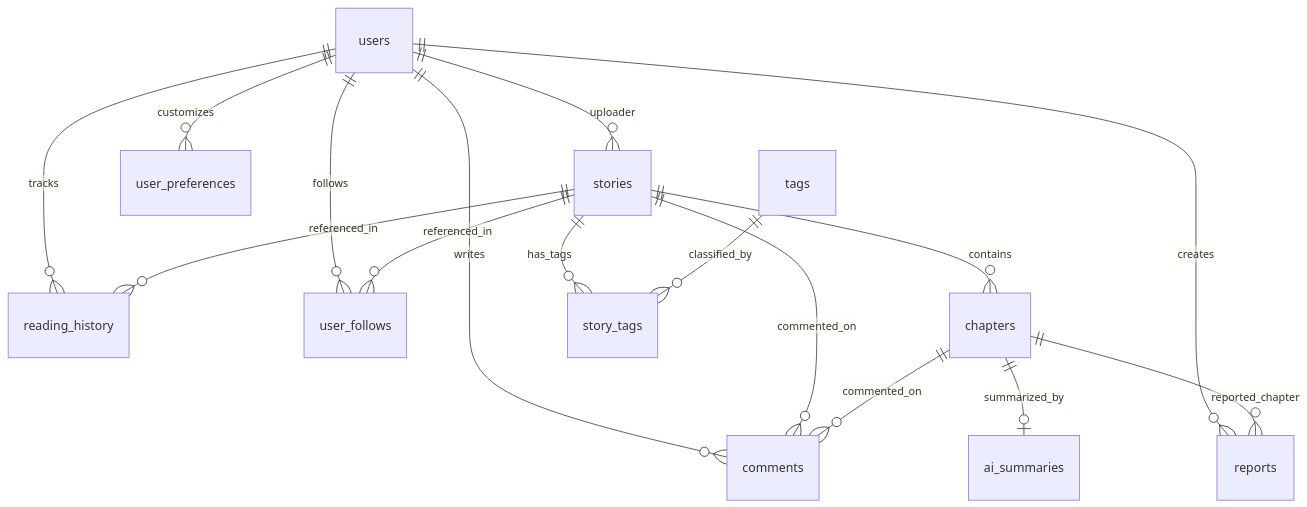
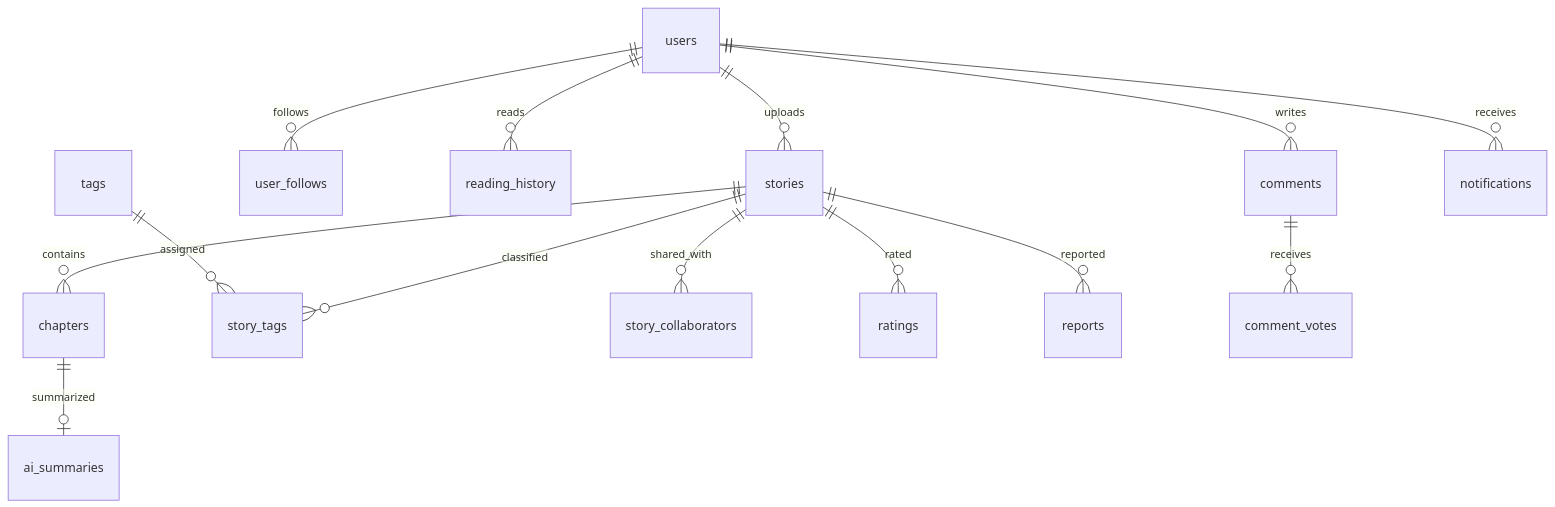
One commit to ThanhNT2k/web-app-project changed the second of 3 diagrams in docs/technical/ARCHITECTURE.md. Above: the diagram before and after it, drawn with Mermaid. The commit also changed other lines of this file and 7 other files, not shown here.

````diff
--- a/docs/technical/ARCHITECTURE.md
+++ b/docs/technical/ARCHITECTURE.md
@@ -24,18 +48,16 @@
 ```mermaid
 erDiagram
-    users ||--o{ stories : "uploader"
-    users ||--o{ reading_history : "tracks"
-    users ||--o{ user_follows : "follows"
-    users ||--o{ comments : "writes"
-    users ||--o{ user_preferences : "customizes"
-    users ||--o{ reports : "creates"
-    stories ||--o{ chapters : "contains"
-    stories ||--o{ reading_history : "referenced_in"
-    stories ||--o{ user_follows : "referenced_in"
-    stories ||--o{ comments : "commented_on"
-    stories ||--o{ story_tags : "has_tags"
-    tags ||--o{ story_tags : "classified_by"
-    chapters ||--o{ comments : "commented_on"
-    chapters ||--o| ai_summaries : "summarized_by"
-    chapters ||--o{ reports : "reported_chapter"
+  users ||--o{ stories : uploads
+  users ||--o{ user_follows : follows
+  users ||--o{ reading_history : reads
+  users ||--o{ comments : writes
+  stories ||--o{ chapters : contains
+  stories ||--o{ story_tags : classified
+  tags ||--o{ story_tags : assigned
+  stories ||--o{ story_collaborators : shared_with
+  stories ||--o{ ratings : rated
+  stories ||--o{ reports : reported
+  chapters ||--o| ai_summaries : summarized
+  comments ||--o{ comment_votes : receives
+  users ||--o{ notifications : receives
 ```
````
